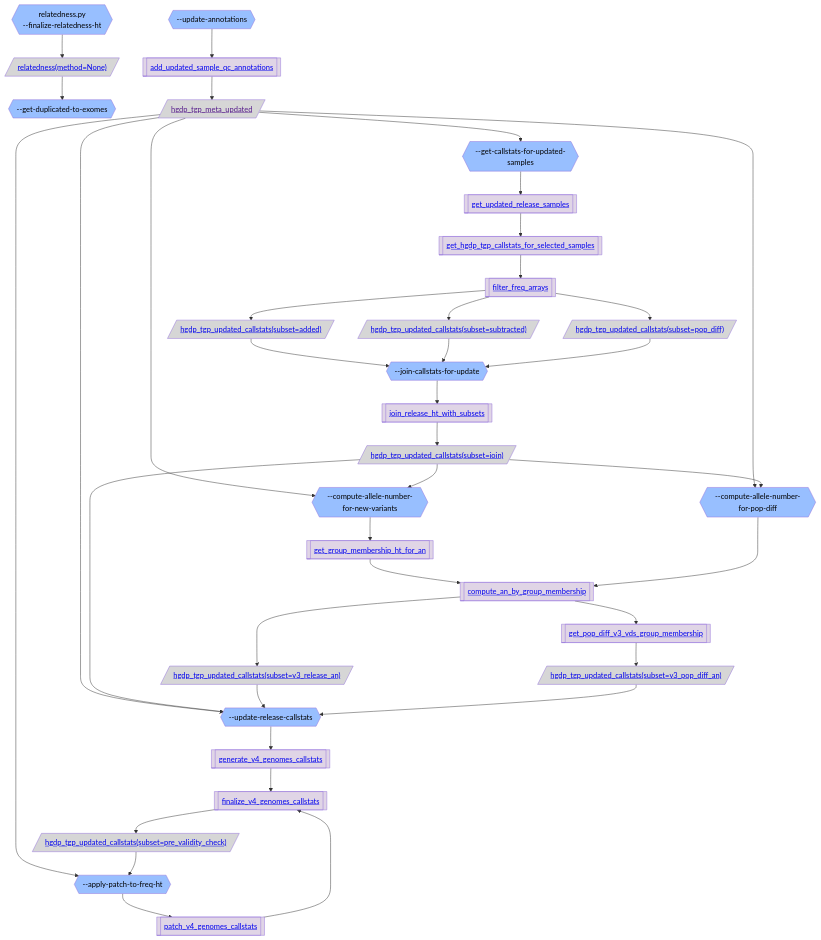
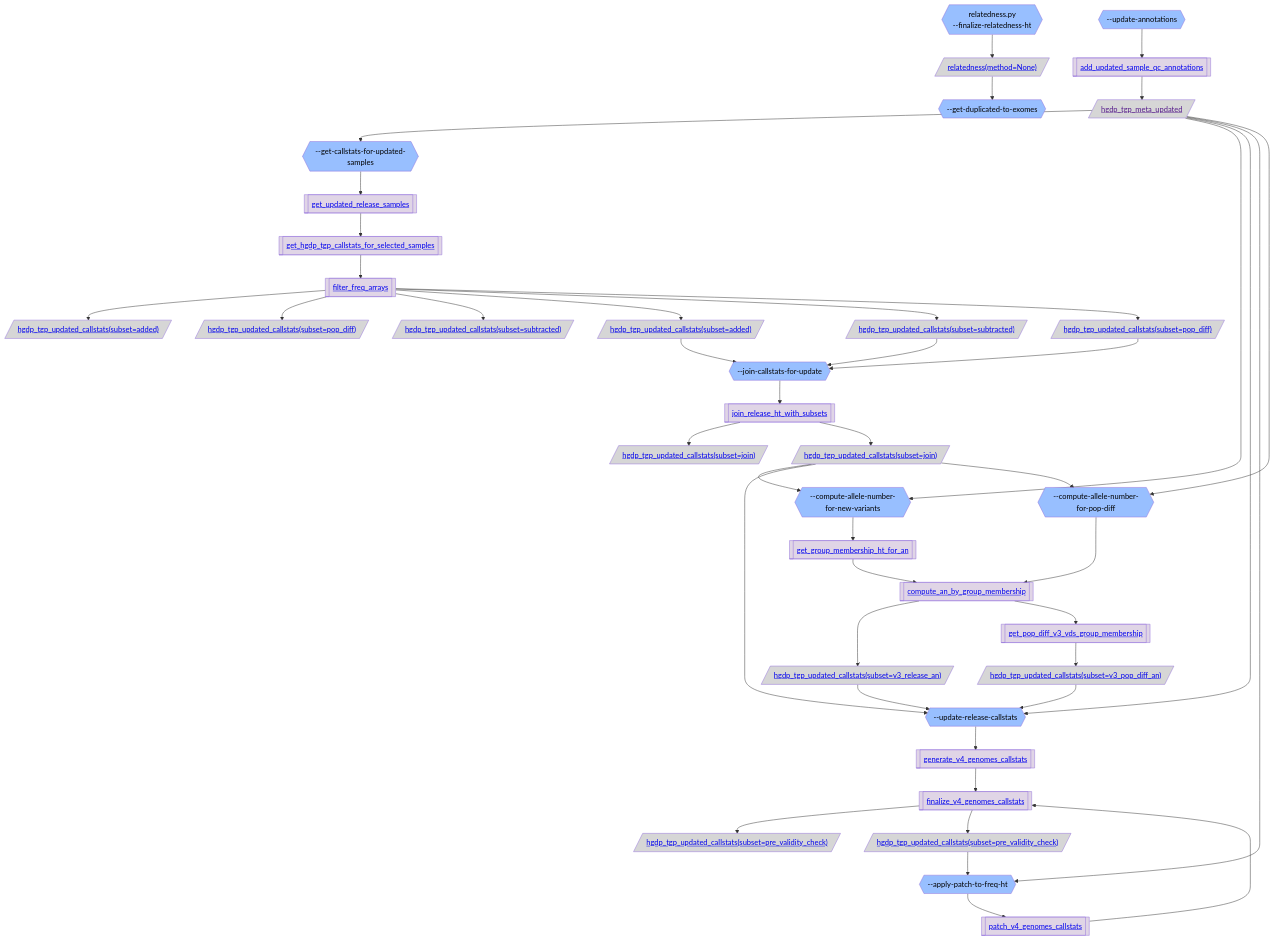
One commit to broadinstitute/gnomad_qc changed the fourth of 5 diagrams in gnomad_qc/v4/annotations/README.md. Above: the diagram before and after it, drawn with Mermaid. The commit also changed other lines of this file and 3 other files, not shown here.

```diff
--- a/gnomad_qc/v4/annotations/README.md
+++ b/gnomad_qc/v4/annotations/README.md
@@ -229,9 +241,13 @@
   func_get_updated_release_samples[["<a href='https://github.com/broadinstitute/gnomad_qc/tree/main/gnomad_qc/v4/annotations/generate_freq_genomes.py#L398'>get_updated_release_samples</a>"]]:::func_color;
   func_get_hgdp_tgp_callstats_for_selected_samples[["<a href='https://github.com/broadinstitute/gnomad_qc/tree/main/gnomad_qc/v4/annotations/generate_freq_genomes.py#L518'>get_hgdp_tgp_callstats_for_selected_samples</a>"]]:::func_color;
   func_filter_freq_arrays[["<a href='https://github.com/broadinstitute/gnomad_qc/tree/main/gnomad_qc/v4/annotations/generate_freq_genomes.py#L566'>filter_freq_arrays</a>"]]:::func_color;
+  hgdp_tgp_updated_callstats_subset_added[/"<a href='https://github.com/broadinstitute/gnomad_qc/tree/main/gnomad_qc/v4/resources/annotations.py#L441'>hgdp_tgp_updated_callstats(subset=added)</a>"/]:::resource_color;
+  hgdp_tgp_updated_callstats_subset_pop_diff[/"<a href='https://github.com/broadinstitute/gnomad_qc/tree/main/gnomad_qc/v4/resources/annotations.py#L441'>hgdp_tgp_updated_callstats(subset=pop_diff)</a>"/]:::resource_color;
+  hgdp_tgp_updated_callstats_subset_subtracted[/"<a href='https://github.com/broadinstitute/gnomad_qc/tree/main/gnomad_qc/v4/resources/annotations.py#L441'>hgdp_tgp_updated_callstats(subset=subtracted)</a>"/]:::resource_color;
   resource_hgdp_tgp_updated_callstats_subset_added[/"<a href='https://github.com/broadinstitute/gnomad_qc/tree/main/gnomad_qc/v4/resources/annotations.py#L441'>hgdp_tgp_updated_callstats(subset=added)</a>"/]:::resource_color;
   step_join_callstats_for_update{{"--join-callstats-for-update"}}:::step_color;
   func_join_release_ht_with_subsets[["<a href='https://github.com/broadinstitute/gnomad_qc/tree/main/gnomad_qc/v4/annotations/generate_freq_genomes.py#L652'>join_release_ht_with_subsets</a>"]]:::func_color;
+  hgdp_tgp_updated_callstats_subset_join[/"<a href='https://github.com/broadinstitute/gnomad_qc/tree/main/gnomad_qc/v4/resources/annotations.py#L441'>hgdp_tgp_updated_callstats(subset=join)</a>"/]:::resource_color;
   resource_hgdp_tgp_updated_callstats_subset_subtracted[/"<a href='https://github.com/broadinstitute/gnomad_qc/tree/main/gnomad_qc/v4/resources/annotations.py#L441'>hgdp_tgp_updated_callstats(subset=subtracted)</a>"/]:::resource_color;
   resource_hgdp_tgp_updated_callstats_subset_pop_diff[/"<a href='https://github.com/broadinstitute/gnomad_qc/tree/main/gnomad_qc/v4/resources/annotations.py#L441'>hgdp_tgp_updated_callstats(subset=pop_diff)</a>"/]:::resource_color;
   step_compute_allele_number_for_new_variants{{"--compute-allele-number-for-new-variants"}}:::step_color;
@@ -241,6 +257,7 @@
   step_update_release_callstats{{"--update-release-callstats"}}:::step_color;
   func_generate_v4_genomes_callstats[["<a href='https://github.com/broadinstitute/gnomad_qc/tree/main/gnomad_qc/v4/annotations/generate_freq_genomes.py#L948'>generate_v4_genomes_callstats</a>"]]:::func_color;
   func_finalize_v4_genomes_callstats[["<a href='https://github.com/broadinstitute/gnomad_qc/tree/main/gnomad_qc/v4/annotations/generate_freq_genomes.py#L1046'>finalize_v4_genomes_callstats</a>"]]:::func_color;
+  hgdp_tgp_updated_callstats_subset_pre_validity_check[/"<a href='https://github.com/broadinstitute/gnomad_qc/tree/main/gnomad_qc/v4/resources/annotations.py#L441'>hgdp_tgp_updated_callstats(subset=pre_validity_check)</a>"/]:::resource_color;
   resource_hgdp_tgp_updated_callstats_subset_v3_release_an[/"<a href='https://github.com/broadinstitute/gnomad_qc/tree/main/gnomad_qc/v4/resources/annotations.py#L441'>hgdp_tgp_updated_callstats(subset=v3_release_an)</a>"/]:::resource_color;
   step_compute_allele_number_for_pop_diff{{"--compute-allele-number-for-pop-diff"}}:::step_color;
   func_get_pop_diff_v3_vds_group_membership[["<a href='https://github.com/broadinstitute/gnomad_qc/tree/main/gnomad_qc/v4/annotations/generate_freq_genomes.py#L1221'>get_pop_diff_v3_vds_group_membership</a>"]]:::func_color;
@@ -256,9 +273,13 @@
   step_get_callstats_for_updated_samples --> func_get_updated_release_samples;
   func_get_updated_release_samples --> func_get_hgdp_tgp_callstats_for_selected_samples;
   func_get_hgdp_tgp_callstats_for_selected_samples --> func_filter_freq_arrays;
+  func_filter_freq_arrays --> hgdp_tgp_updated_callstats_subset_added;
+  func_filter_freq_arrays --> hgdp_tgp_updated_callstats_subset_pop_diff;
+  func_filter_freq_arrays --> hgdp_tgp_updated_callstats_subset_subtracted;
   func_filter_freq_arrays --> resource_hgdp_tgp_updated_callstats_subset_added;
   resource_hgdp_tgp_updated_callstats_subset_added --> step_join_callstats_for_update;
   step_join_callstats_for_update --> func_join_release_ht_with_subsets;
+  func_join_release_ht_with_subsets --> hgdp_tgp_updated_callstats_subset_join;
   func_filter_freq_arrays --> resource_hgdp_tgp_updated_callstats_subset_subtracted;
   resource_hgdp_tgp_updated_callstats_subset_subtracted --> step_join_callstats_for_update;
   func_filter_freq_arrays --> resource_hgdp_tgp_updated_callstats_subset_pop_diff;
@@ -271,6 +292,7 @@
   resource_hgdp_tgp_meta_updated --> step_update_release_callstats;
   step_update_release_callstats --> func_generate_v4_genomes_callstats;
   func_generate_v4_genomes_callstats --> func_finalize_v4_genomes_callstats;
+  func_finalize_v4_genomes_callstats --> hgdp_tgp_updated_callstats_subset_pre_validity_check;
   resource_hgdp_tgp_updated_callstats_subset_join --> step_update_release_callstats;
   func_compute_an_by_group_membership --> resource_hgdp_tgp_updated_callstats_subset_v3_release_an;
   resource_hgdp_tgp_updated_callstats_subset_v3_release_an --> step_update_release_callstats;
```
